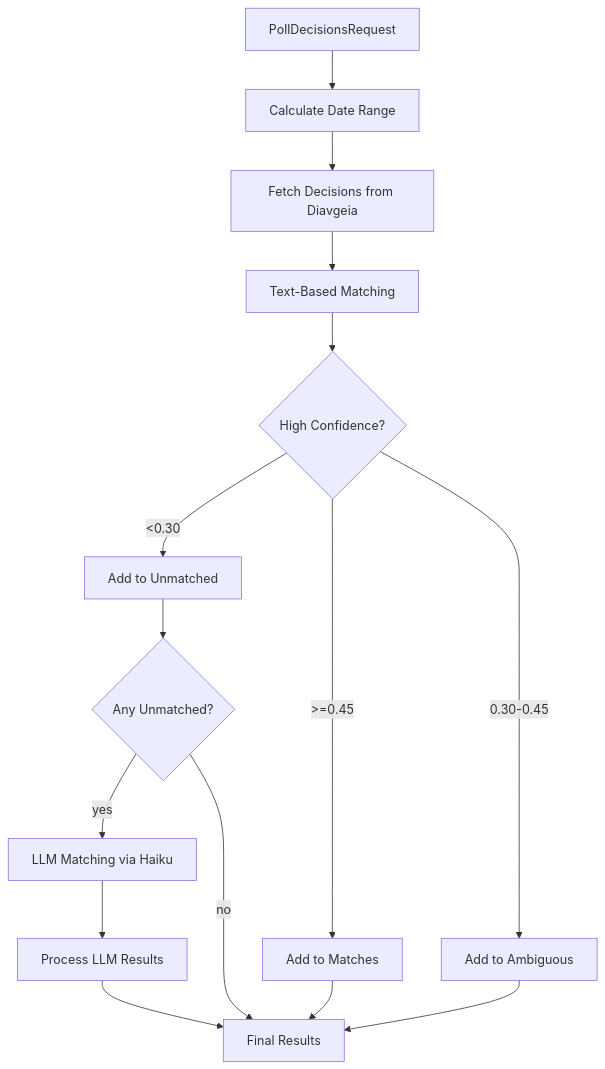
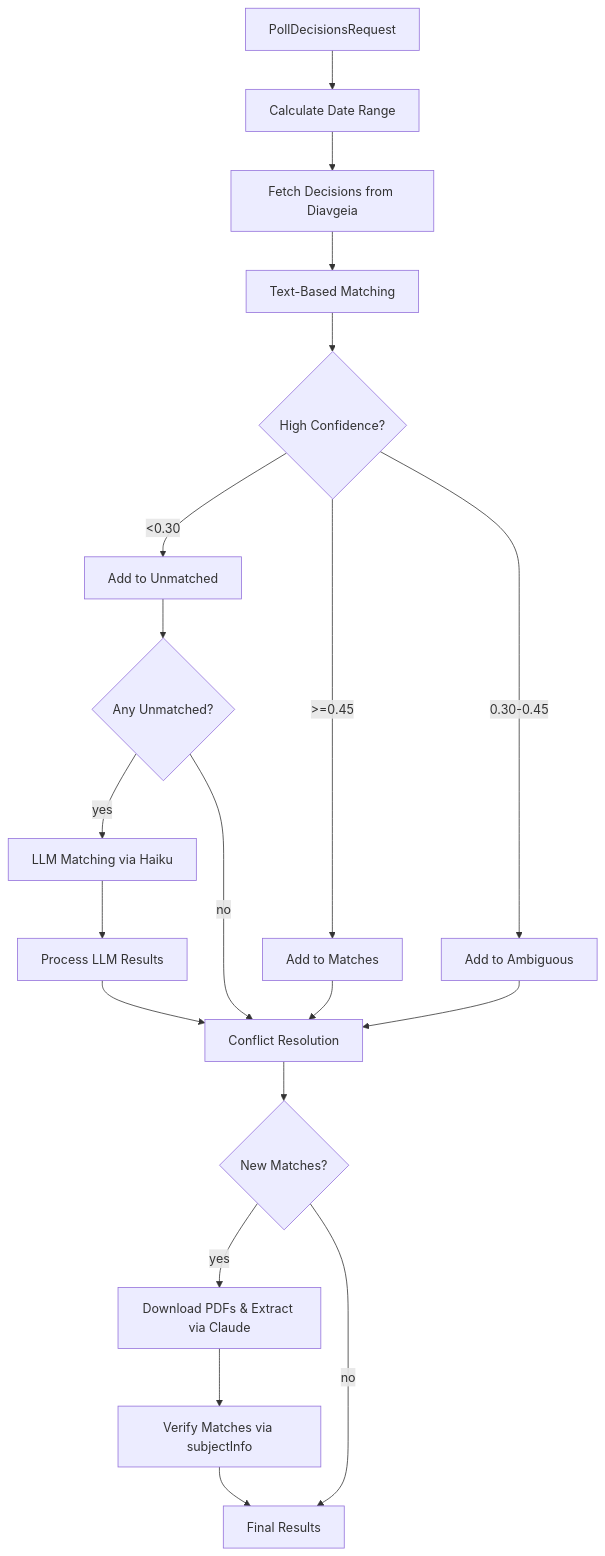
One commit to schemalabz/opencouncil-tasks changed the diagram in docs/pollDecisions.md. Above: the diagram before and after it, drawn with Mermaid. The commit also changed other lines of this file and 8 other files, not shown here.

````diff
--- a/docs/pollDecisions.md
+++ b/docs/pollDecisions.md
@@ -13,17 +15,22 @@
 ```mermaid
 flowchart TD
   A[PollDecisionsRequest] --> B[Calculate Date Range]
   B --> C[Fetch Decisions from Diavgeia]
   C --> D[Text-Based Matching]
   D --> E{High Confidence?}
   E -- >=0.45 --> F[Add to Matches]
   E -- 0.30-0.45 --> G[Add to Ambiguous]
   E -- <0.30 --> H[Add to Unmatched]
   H --> I{Any Unmatched?}
   I -- yes --> J[LLM Matching via Haiku]
   J --> K[Process LLM Results]
-  K --> L[Final Results]
+  K --> L[Conflict Resolution]
   I -- no --> L
   F --> L
   G --> L
+  L --> M{New Matches?}
+  M -- yes --> N[Download PDFs & Extract via Claude]
+  N --> O[Verify Matches via subjectInfo]
+  O --> P[Final Results]
+  M -- no --> P
 ```
````
